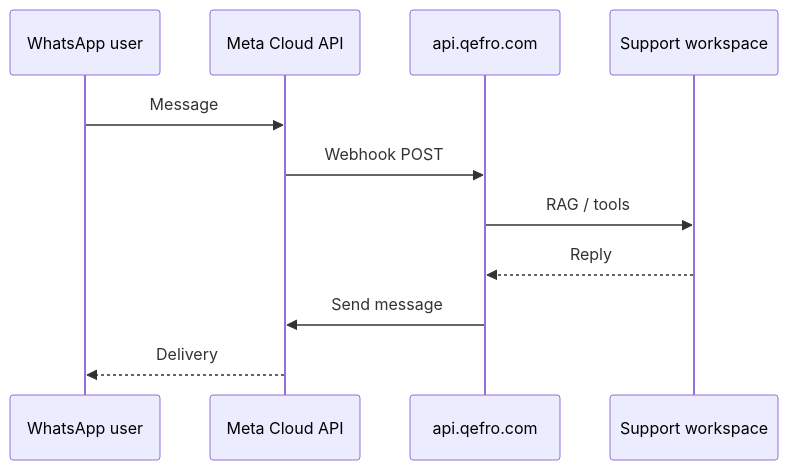
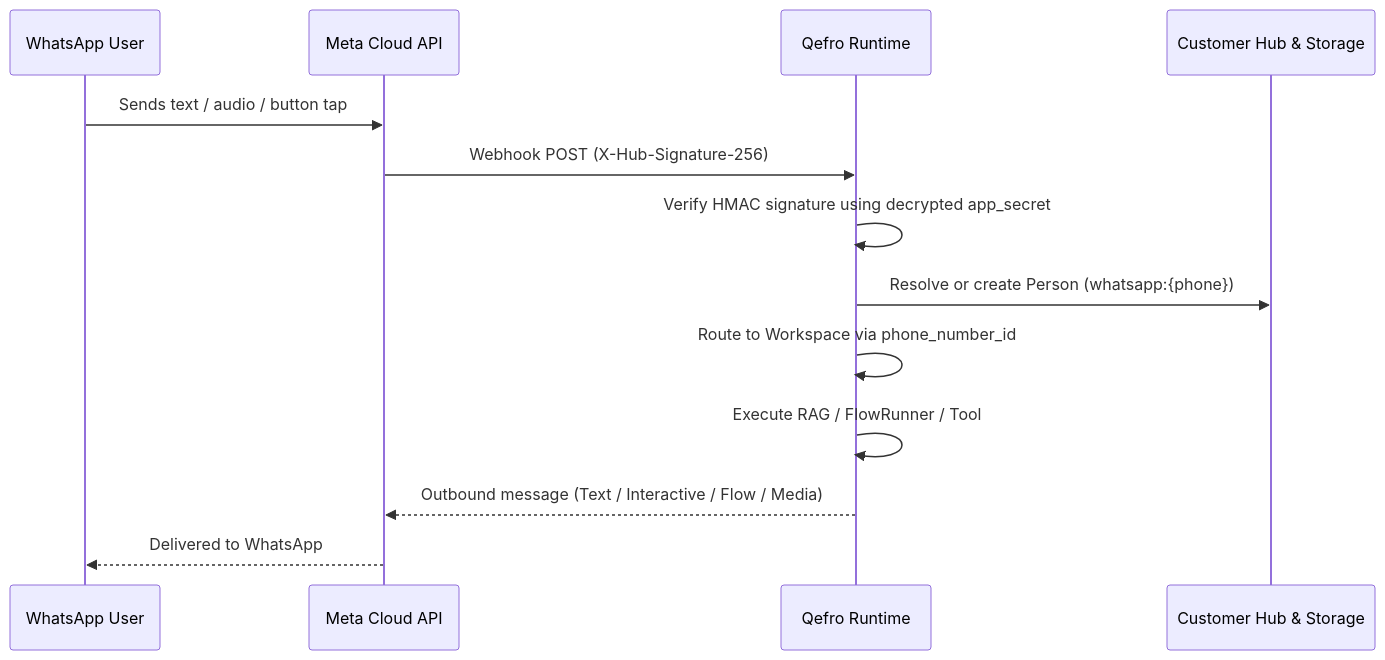
The diagram in docs/platform/whatsapp.mdx (qefro-ai/qefro-documentation), drawn with Mermaid before and after one commit. The commit also changed other lines of this file and 101 other files, not shown here.

First line of the commit message:
docs: full architecture refresh and modernization (October 2026)

````diff
--- a/docs/platform/whatsapp.mdx
+++ b/docs/platform/whatsapp.mdx
@@ -34,13 +25,16 @@
 ```mermaid
 sequenceDiagram
-  participant U as WhatsApp user
+  participant U as WhatsApp User
   participant M as Meta Cloud API
-  participant Q as api.qefro.com
-  participant W as Support workspace
-  U->>M: Message
-  M->>Q: Webhook POST
-  Q->>W: RAG / tools
-  W-->>Q: Reply
-  Q->>M: Send message
-  M-->>U: Delivery
+  participant RT as Qefro Runtime
+  participant DB as Customer Hub & Storage
+
+  U->>M: Sends text / audio / button tap
+  M->>RT: Webhook POST (X-Hub-Signature-256)
+  RT->>RT: Verify HMAC signature using decrypted app_secret
+  RT->>DB: Resolve or create Person (whatsapp:{phone})
+  RT->>RT: Route to Workspace via phone_number_id
+  RT->>RT: Execute RAG / FlowRunner / Tool
+  RT-->>M: Outbound message (Text / Interactive / Flow / Media)
+  M-->>U: Delivered to WhatsApp
 ```
````
